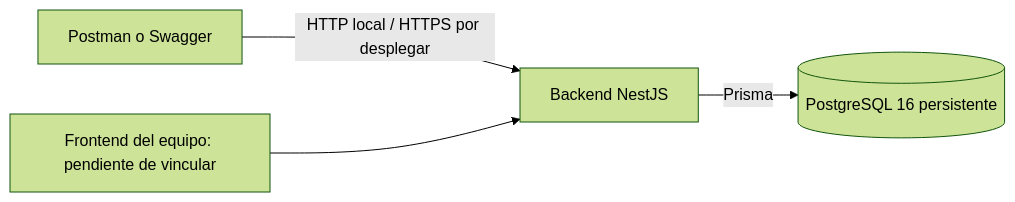
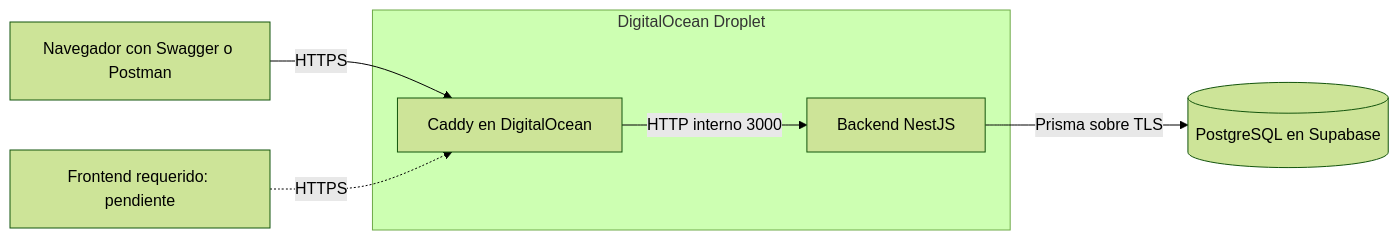
The diagram in docs/02-arquitectura.md (ChrMlg/SDLC_pasta_la_vista), drawn with Mermaid (forest theme) before and after one commit. The commit also changed other lines of this file and 25 other files, not shown here.

Commit message:
fix(H1-H35): preparar backend para DigitalOcean y Supabase

````diff
--- a/docs/02-arquitectura.md
+++ b/docs/02-arquitectura.md
@@ -3,6 +3,9 @@
 ```mermaid
 flowchart LR
-  P[Postman o Swagger] -->|HTTP local / HTTPS por desplegar| B[Backend NestJS]
-  F[Frontend del equipo: pendiente de vincular] --> B
-  B -->|Prisma| D[(PostgreSQL 16 persistente)]
+  P[Navegador con Swagger o Postman] -->|HTTPS| C[Caddy en DigitalOcean]
+  F[Frontend requerido: pendiente] -.->|HTTPS| C
+  subgraph Droplet[DigitalOcean Droplet]
+    C -->|HTTP interno 3000| B[Backend NestJS]
+  end
+  B -->|Prisma sobre TLS| D[(PostgreSQL en Supabase)]
 ```
````
